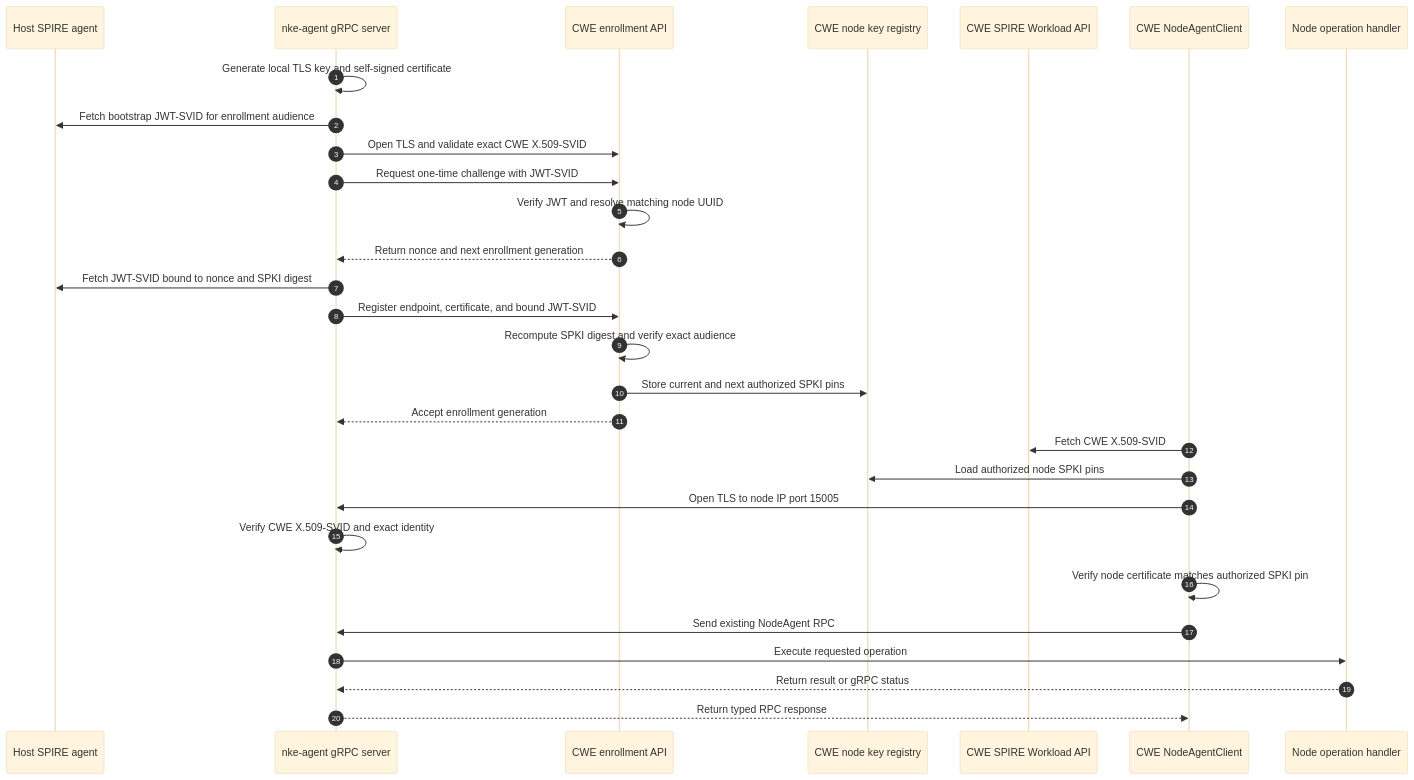
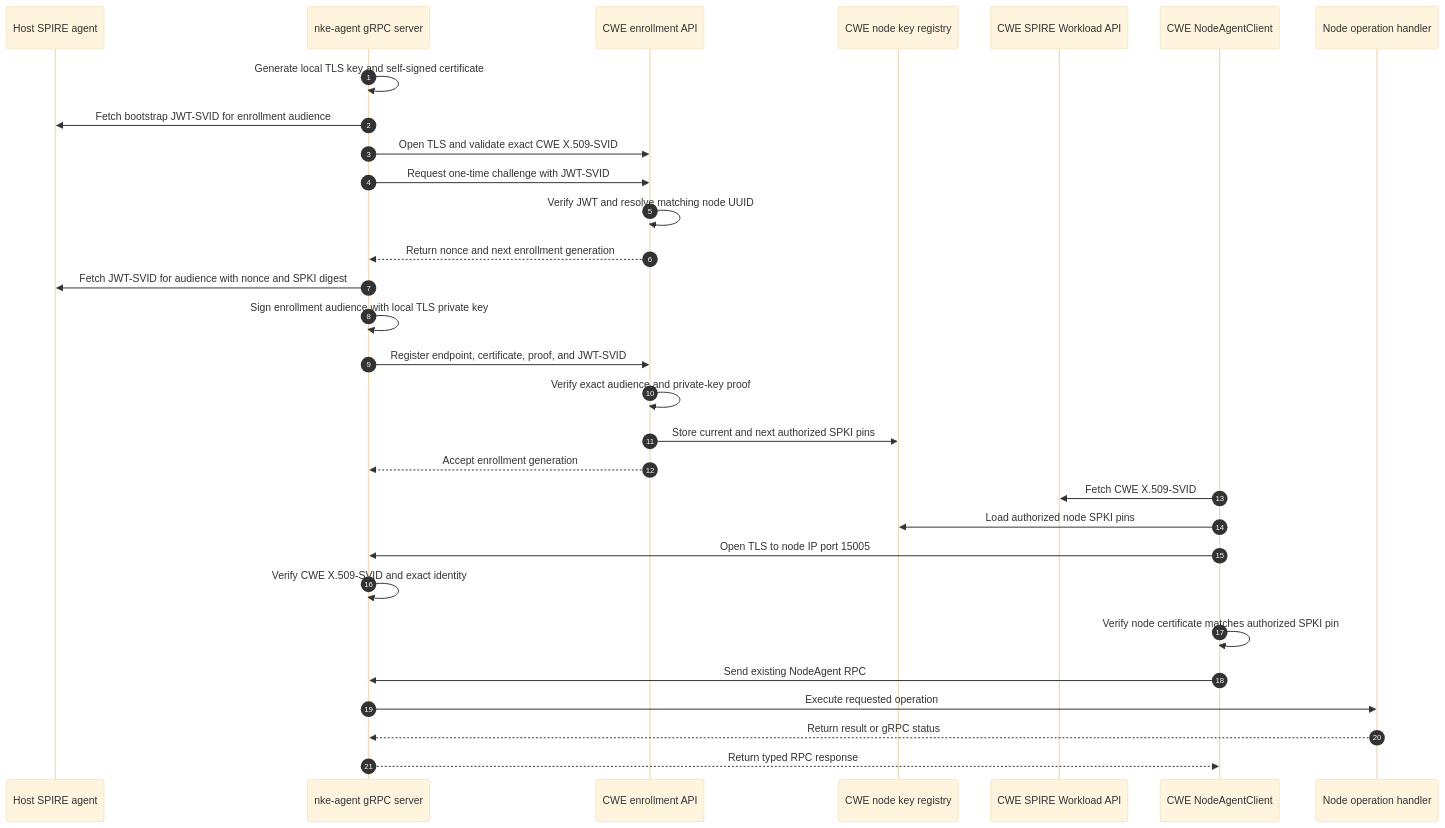
One commit to anisha-nv/nvke changed the third of 3 diagrams in agent/docs/agent-initiated-control-stream-design.md. Above: the diagram before and after it, drawn with Mermaid (base theme). The commit also changed other lines of this file, not shown here.

Commit message:
docs(agent): require enrollment key proof

````diff
--- a/agent/docs/agent-initiated-control-stream-design.md
+++ b/agent/docs/agent-initiated-control-stream-design.md
@@ -133,33 +133,34 @@
 ```mermaid
 sequenceDiagram
     autonumber
     participant NodeSPIRE as Host SPIRE agent
     participant Agent as nke-agent gRPC server
     participant Enroll as CWE enrollment API
     participant Pins as CWE node key registry
     participant CWESPIRE as CWE SPIRE Workload API
     participant Client as CWE NodeAgentClient
     participant Handler as Node operation handler
 
     Agent->>Agent: Generate local TLS key and self-signed certificate
     Agent->>NodeSPIRE: Fetch bootstrap JWT-SVID for enrollment audience
     Agent->>Enroll: Open TLS and validate exact CWE X.509-SVID
     Agent->>Enroll: Request one-time challenge with JWT-SVID
     Enroll->>Enroll: Verify JWT and resolve matching node UUID
     Enroll-->>Agent: Return nonce and next enrollment generation
-    Agent->>NodeSPIRE: Fetch JWT-SVID bound to nonce and SPKI digest
-    Agent->>Enroll: Register endpoint, certificate, and bound JWT-SVID
-    Enroll->>Enroll: Recompute SPKI digest and verify exact audience
+    Agent->>NodeSPIRE: Fetch JWT-SVID for audience with nonce and SPKI digest
+    Agent->>Agent: Sign enrollment audience with local TLS private key
+    Agent->>Enroll: Register endpoint, certificate, proof, and JWT-SVID
+    Enroll->>Enroll: Verify exact audience and private-key proof
     Enroll->>Pins: Store current and next authorized SPKI pins
     Enroll-->>Agent: Accept enrollment generation
 
     Client->>CWESPIRE: Fetch CWE X.509-SVID
     Client->>Pins: Load authorized node SPKI pins
     Client->>Agent: Open TLS to node IP port 15005
     Agent->>Agent: Verify CWE X.509-SVID and exact identity
     Client->>Client: Verify node certificate matches authorized SPKI pin
     Client->>Agent: Send existing NodeAgent RPC
     Agent->>Handler: Execute requested operation
     Handler-->>Agent: Return result or gRPC status
     Agent-->>Client: Return typed RPC response
 ```
````
